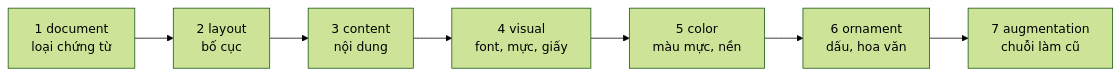
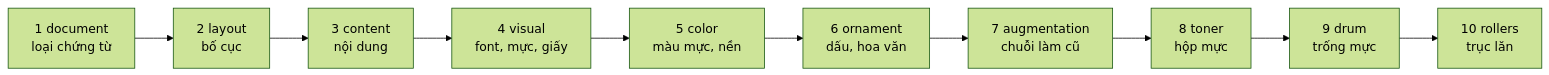
Before and after one commit to LinhPhuong14/vlm-ocr-synthetic: the second of 5 diagrams in README.md, drawn with Mermaid (forest theme). The commit also changed other lines of this file and 29 other files, not shown here.

````diff
--- a/README.md
+++ b/README.md
@@ -106,5 +106,6 @@
 ```mermaid
 flowchart LR
     d["1 document<br/>loại chứng từ"] --> l["2 layout<br/>bố cục"] --> c["3 content<br/>nội dung"] --> v["4 visual<br/>font, mực, giấy"]
     v --> col["5 color<br/>màu mực, nền"] --> orn["6 ornament<br/>dấu, hoa văn"] --> a["7 augmentation<br/>chuỗi làm cũ"]
+    a --> t["8 toner<br/>hộp mực"] --> dr["9 drum<br/>trống mực"] --> ro["10 rollers<br/>trục lăn"]
 ```
````
